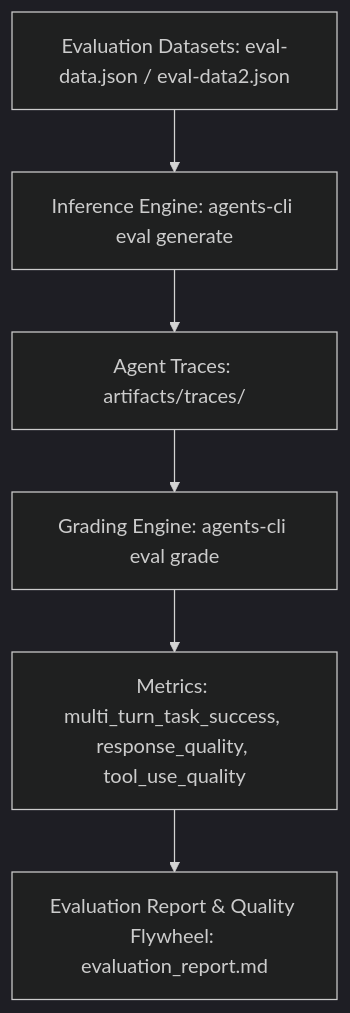
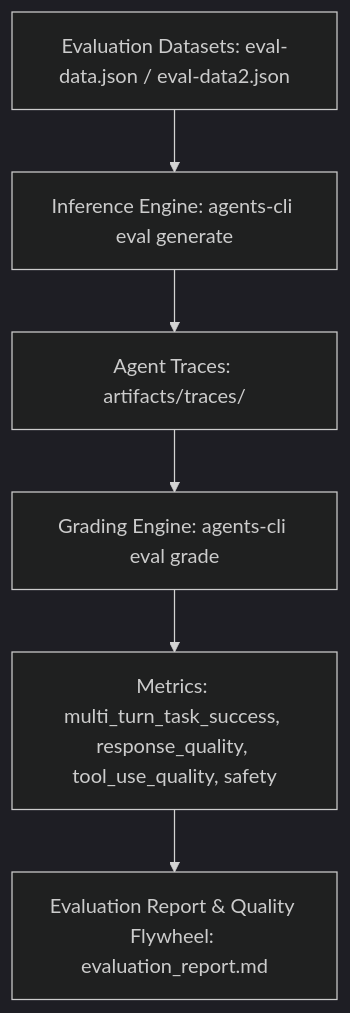
The diagram in cymbal-operations-agent/tests/eval/evaluation_report.md (rubylye/cymbal-operations-agent), drawn with Mermaid (dark theme) before and after one commit. The commit also changed other lines of this file and 2 other files, not shown here.

Commit message:
fix(eval): address feedback with description metadata, multi-turn trajectories, fault tolerance, and token budget

````diff
--- a/cymbal-operations-agent/tests/eval/evaluation_report.md
+++ b/cymbal-operations-agent/tests/eval/evaluation_report.md
@@ -9,8 +9,8 @@
 ```mermaid
 graph TD
     A[Evaluation Datasets: eval-data.json / eval-data2.json] --> B[Inference Engine: agents-cli eval generate]
     B --> C[Agent Traces: artifacts/traces/]
     C --> D[Grading Engine: agents-cli eval grade]
-    D --> E[Metrics: multi_turn_task_success, response_quality, tool_use_quality]
+    D --> E[Metrics: multi_turn_task_success, response_quality, tool_use_quality, safety]
     E --> F[Evaluation Report & Quality Flywheel: evaluation_report.md]
 ```
````
